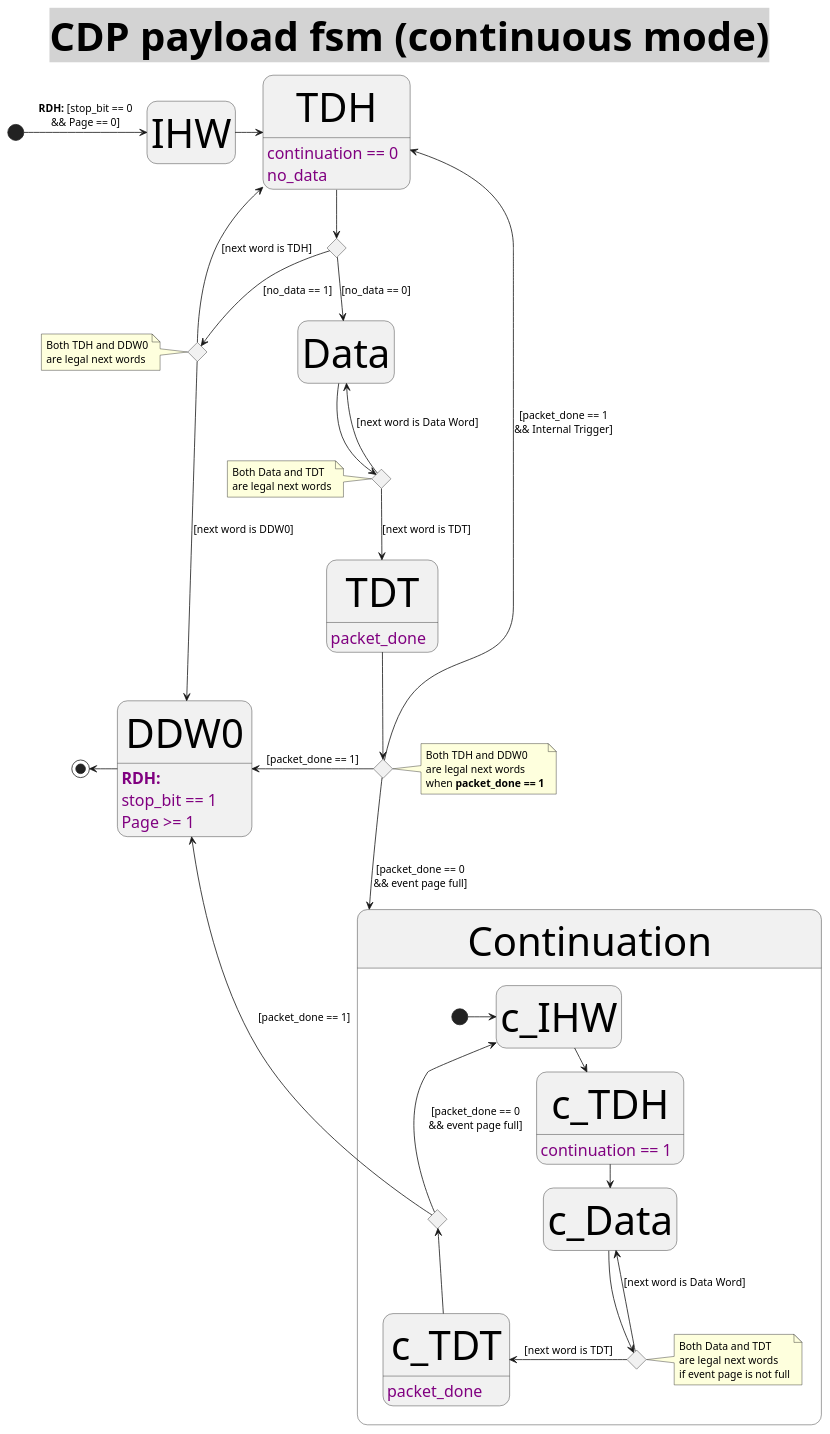
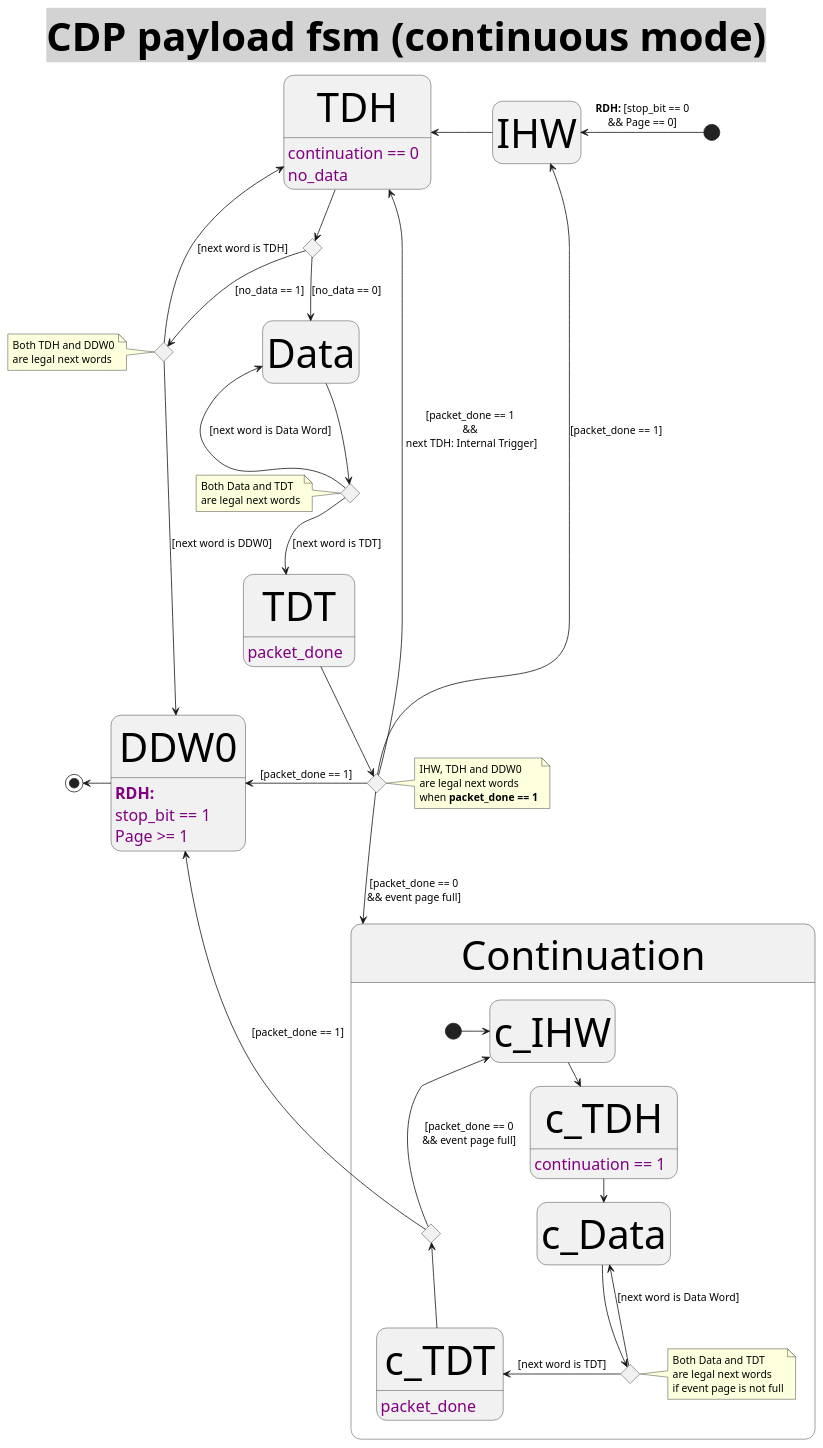
The diagram in doc/cdp_payload_fsm.puml (CramBL/fastPASTA), drawn with PlantUML before and after one commit.

Commit message:
add transition from TDT to IHW on packet_done but not page full

```diff
--- a/doc/cdp_payload_fsm.puml
+++ b/doc/cdp_payload_fsm.puml
@@ -1,101 +1,102 @@
 @startuml CDP_payload_StateMachine (continuous mode)
 <style>
 title {
   HorizontalAlignment right
   FontSize 50
   BackGroundColor lightgrey
   Margin 1
   Padding 0
 }
 
 header {
   HorizontalAlignment center
   FontSize 20
   FontColor purple
 }
 
 footer {
   HorizontalAlignment left
   FontSize 28
   FontColor red
 }
 
 legend {
   FontSize 30
   BackGroundColor yellow
   Margin 30
   Padding 50
 }
 
 caption {
   FontSize 32
 }
 </style>
 Title **CDP payload fsm** (continuous mode)
 hide empty description
 
 state after_TDH <<choice>>
 state after_TDH_no_data <<choice>>
 state after_TDT <<choice>>
 state after_Data <<choice>>
 
 
-[*] -> IHW : **RDH:** [stop_bit == 0\n&& Page == 0]
+[*] -left-> IHW : **RDH:** [stop_bit == 0\n&& Page == 0]
 
-IHW -> TDH
+IHW -left-> TDH
 
 TDH -down-> after_TDH
 TDH: continuation == 0
 TDH: no_data
 
 after_TDH --> Data : [no_data == 0]
 after_TDH --> after_TDH_no_data : [no_data == 1]
 
 note left of after_TDH_no_data : Both TDH and DDW0\nare legal next words
 
 after_TDH_no_data -left-> TDH : [next word is TDH]
 after_TDH_no_data --> DDW0 : [next word is DDW0]
 
 
 Data --> after_Data
 
 note left of after_Data : Both Data and TDT\nare legal next words
 
 after_Data -left-> Data : [next word is Data Word]
 after_Data --> TDT : [next word is TDT]
 TDT: packet_done
 
 TDT --> after_TDT
-after_TDT -up-> TDH : [packet_done == 1\n&& Internal Trigger]
+after_TDT -up-> TDH : [packet_done == 1\n&&\n next TDH: Internal Trigger]
 after_TDT --> Continuation : [packet_done == 0\n&& event page full]
 after_TDT -left-> DDW0 : [packet_done == 1]
-note right of after_TDT : Both TDH and DDW0\nare legal next words\nwhen **packet_done == 1**
+after_TDT -left-> IHW : [packet_done == 1]
+note right of after_TDT : IHW, TDH and DDW0\nare legal next words\nwhen **packet_done == 1**
 
 
 state Continuation {
   state after_c_Data <<choice>>
   state after_c_TDT <<choice>>
     [*] -right-> c_IHW
     c_IHW -right-> c_TDH : [stop_bit == 0\n&& Page >= 1]
     c_TDH: continuation == 1
     c_TDH -right-> c_Data
     c_Data --> after_c_Data
 
     after_c_Data -up-> c_Data : [next word is Data Word]
     after_c_Data -left-> c_TDT : [next word is TDT]
 
     c_TDT: packet_done
     c_TDT -up-> after_c_TDT
 
     after_c_TDT -up-> c_IHW : [packet_done == 0\n&& event page full]
     after_c_TDT -left-> DDW0 : [packet_done == 1]
 
     note right of after_c_Data : Both Data and TDT\nare legal next words\nif event page is not full
 }
 
 
 
 DDW0 -left-> [*]
 DDW0: **RDH:**\nstop_bit == 1\nPage >= 1
 
 @enduml
```
